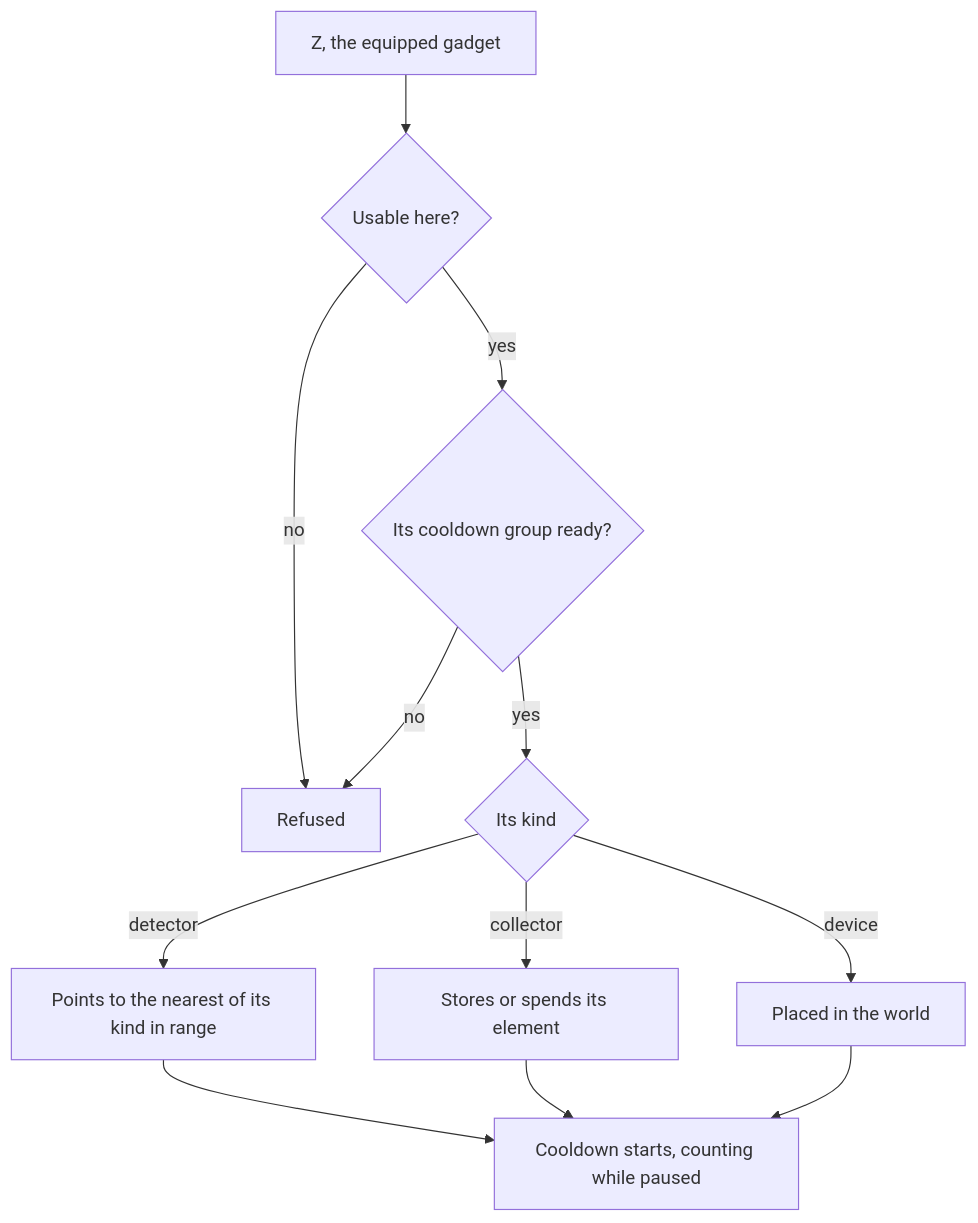
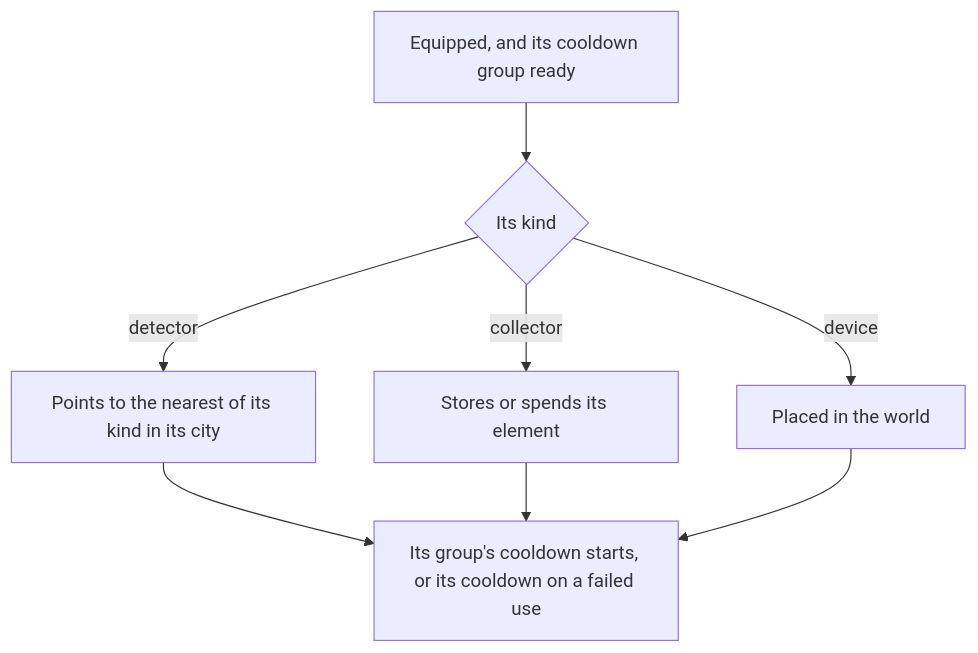
One commit to Esposter/Esposter changed the diagram in apps/web/content/docs/proposals/genshin/gadgets.md. Above: the diagram before and after it, drawn with Mermaid. The commit also changed other lines of this file and 2 other files, not shown here.

````diff
--- a/apps/web/content/docs/proposals/genshin/gadgets.md
+++ b/apps/web/content/docs/proposals/genshin/gadgets.md
@@ -21,14 +23,10 @@
 ```mermaid
 flowchart TD
-  Z["Z, the equipped gadget"] --> WHERE{"Usable here?"}
-  WHERE -->|"no"| REFUSE["Refused"]
-  WHERE -->|"yes"| COOL{"Its cooldown group ready?"}
-  COOL -->|"no"| REFUSE
-  COOL -->|"yes"| KIND{"Its kind"}
-  KIND -->|"detector"| POINT["Points to the nearest of its kind in range"]
+  GATE["Equipped, and its cooldown group ready"] --> KIND{"Its kind"}
+  KIND -->|"detector"| POINT["Points to the nearest of its kind in its city"]
   KIND -->|"collector"| STORE["Stores or spends its element"]
   KIND -->|"device"| PLACE["Placed in the world"]
-  POINT --> START["Cooldown starts, counting while paused"]
+  POINT --> START["Its group's cooldown starts, or its cooldown on a failed use"]
   STORE --> START
   PLACE --> START
 ```
````
